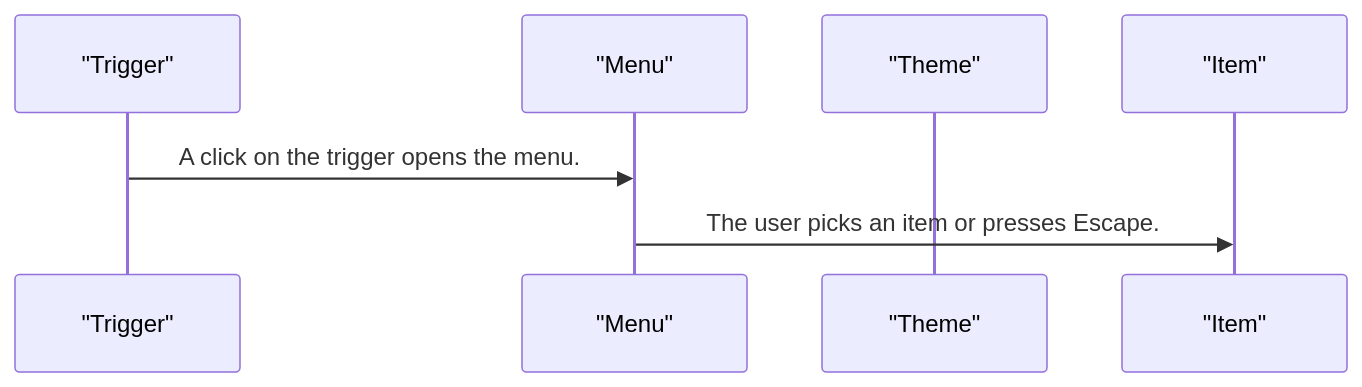
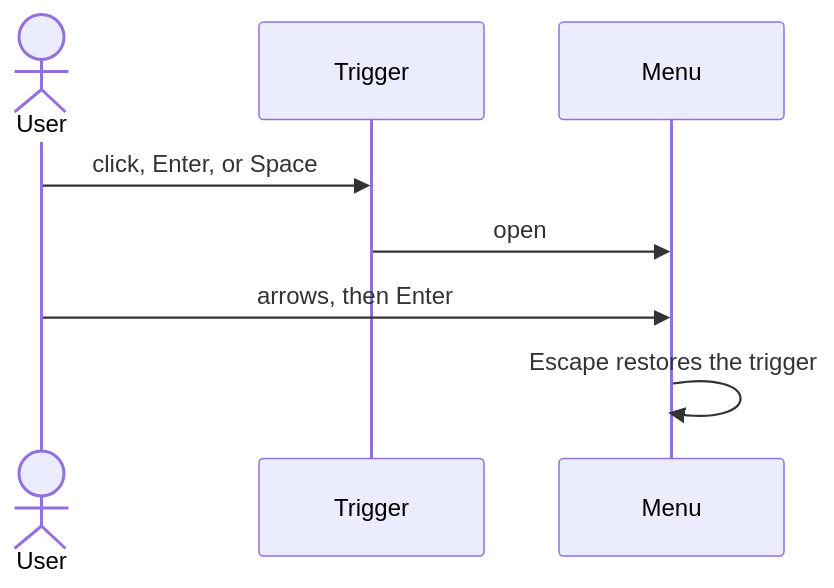
The second of 4 diagrams in projects/pixel-ui/src/lib/pixel-menu/DESIGN.md (RajshekharBorate/pixel-ui), drawn with Mermaid before and after one commit. The commit also changed other lines of this file and 73 other files, not shown here.

Commit message:
Explain who owns each value and what each flow does in every component and service design.

````diff
--- a/projects/pixel-ui/src/lib/pixel-menu/DESIGN.md
+++ b/projects/pixel-ui/src/lib/pixel-menu/DESIGN.md
@@ -54,9 +66,10 @@
 ```mermaid
 sequenceDiagram
-  participant trigger as "Trigger"
-  participant menu as "Menu"
-  participant theme as "Theme"
-  participant item as "Item"
-  trigger->>menu: A click on the trigger opens the menu.
-  menu->>item: The user picks an item or presses Escape.
+  actor User
+  participant Trigger
+  participant Menu
+  User->>Trigger: click, Enter, or Space
+  Trigger->>Menu: open
+  User->>Menu: arrows, then Enter
+  Menu->>Menu: Escape restores the trigger
 ```
````
